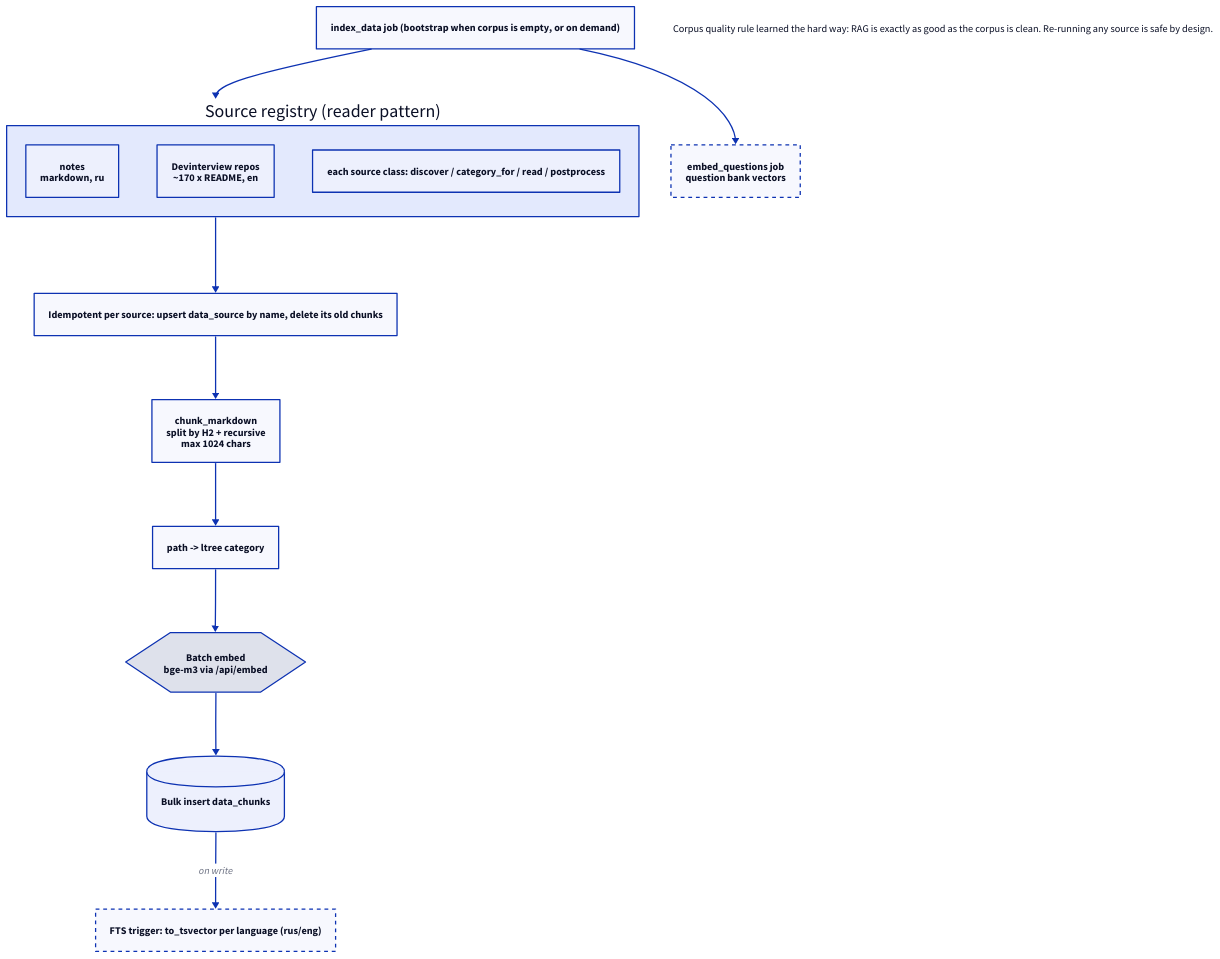
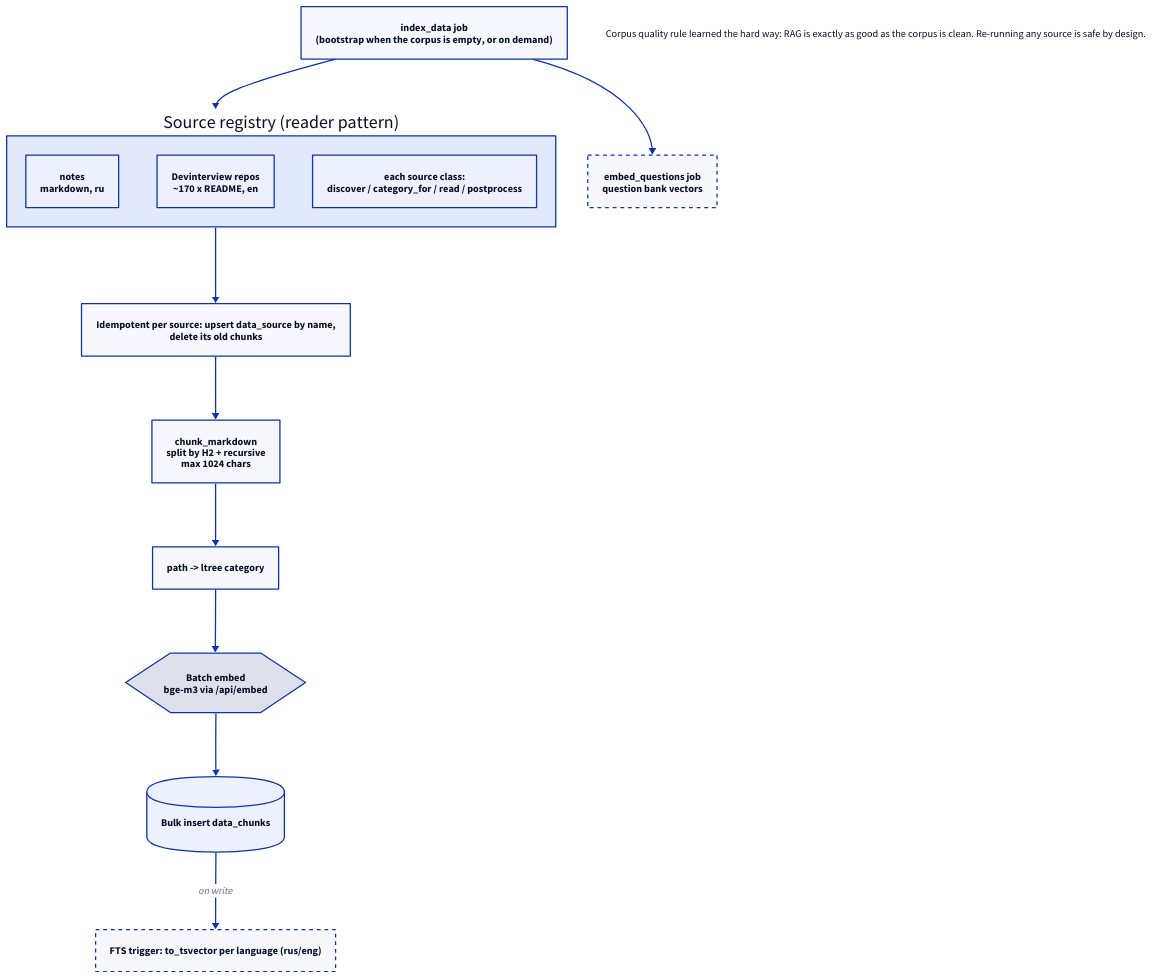
The diagram in docs/diagrams/ingestion.d2 (rikitikitav1/rag-lab), drawn with D2 before and after one commit. The commit also changed 15 other files, not shown here.

First line of the commit message:
Document the arms, the flow and what the port cost

```diff
--- a/docs/diagrams/ingestion.d2
+++ b/docs/diagrams/ingestion.d2
@@ -1,38 +1,38 @@
 direction: down
 
-trigger: "index_data job (bootstrap when corpus is empty, or on demand)"
+trigger: "index_data job\n(bootstrap when the corpus is empty, or on demand)"
 
 sources: Source registry (reader pattern) {
   direction: right
   notes: notes\nmarkdown, ru
   interview: Devinterview repos\n~170 x README, en
-  hooks: "each source class: discover / category_for / read / postprocess"
+  hooks: "each source class:\ndiscover / category_for / read / postprocess"
 }
 
-idem: "Idempotent per source: upsert data_source by name, delete its old chunks"
+idem: "Idempotent per source: upsert data_source by name,\ndelete its old chunks"
 
 chunk: chunk_markdown\nsplit by H2 + recursive\nmax 1024 chars
 cat: "path -> ltree category"
 embed: Batch embed\nbge-m3 via /api/embed {
   shape: hexagon
 }
 insert: Bulk insert data_chunks {
   shape: cylinder
 }
 tsv: "FTS trigger: to_tsvector per language (rus/eng)" {
   style.stroke-dash: 3
 }
 
 questions: embed_questions job\nquestion bank vectors {
   style.stroke-dash: 3
 }
 
 trigger -> sources
 sources -> idem -> chunk -> cat -> embed -> insert
 insert -> tsv: on write
 trigger -> questions
 
 note: |md
   Corpus quality rule learned the hard way: RAG is exactly as good
   as the corpus is clean. Re-running any source is safe by design.
 |
```
